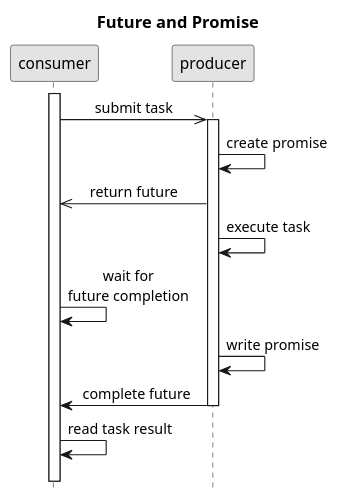
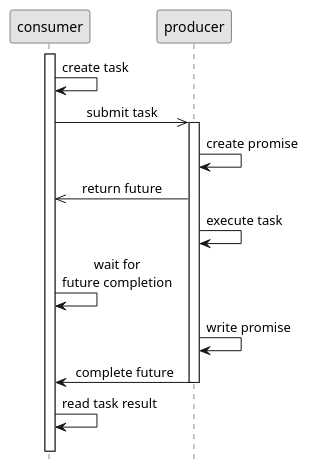
The diagram in images/future and promise.puml (ti-cortex-m4/demo-java-completablefuture), drawn with PlantUML before and after one commit. The commit also changed 1 other file, not shown here.

```diff
--- a/images/future and promise.puml
+++ b/images/future and promise.puml
@@ -1,24 +1,24 @@
 @startuml
-scale 1.1
-title Future and Promise
+scale 1.0
 hide footbox
 skinparam monochrome true
 skinparam defaultFontName Source Sans Pro
 skinparam titleFontSize 15
 skinparam sequenceMessageAlign center
 
 activate consumer
+consumer->consumer: create task
 consumer->>producer: submit task
 activate producer
 producer->producer: create promise
 producer->>consumer: return future
 producer->producer: execute task
 consumer->consumer: wait for\nfuture completion
 producer->producer: write promise
 producer->consumer: complete future
 deactivate producer
 consumer->consumer: read task result
 
 ||1||
 producer -[#white]->]
 @enduml
```
